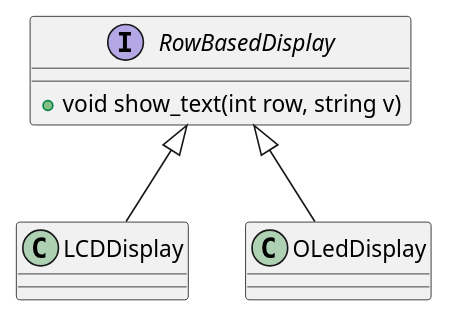
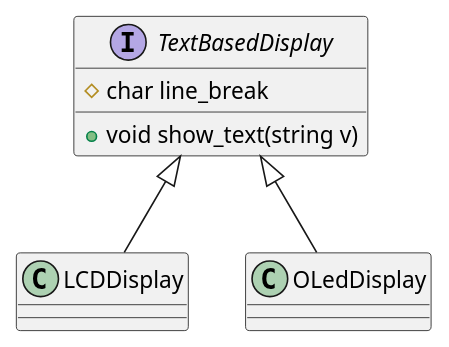
The diagram in docs/display.puml (Beloin/LCD_Rasp_Weather), drawn with PlantUML before and after one commit. The commit also changed 7 other files, not shown here.

```diff
--- a/docs/display.puml
+++ b/docs/display.puml
@@ -1,14 +1,15 @@
 @startuml Display UML
 
 
-interface RowBasedDisplay {
-    + void show_text(int row, string v)
+interface TextBasedDisplay {
+    # char line_break
+    + void show_text(string v)
 }
 
-RowBasedDisplay <|-- LCDDisplay
+TextBasedDisplay <|-- LCDDisplay
 
-RowBasedDisplay <|-- OLedDisplay
+TextBasedDisplay <|-- OLedDisplay
 
 
 
 @enduml
```
